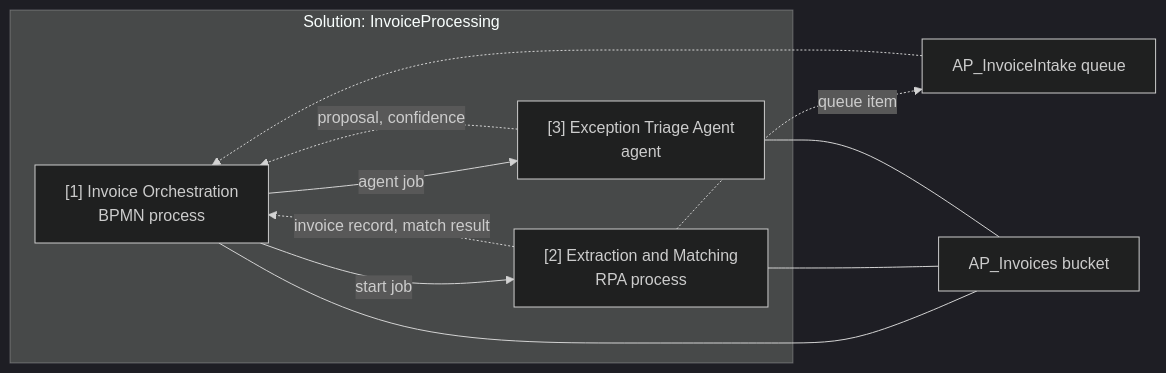
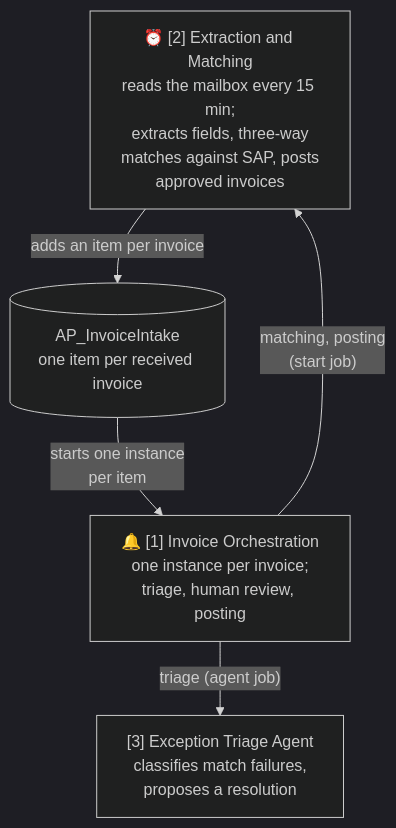
The diagram in skills/uipath-genome/assets/examples/invoice-processing-genome.md (UiPath/skills), drawn with Mermaid (dark theme) before and after one commit. The commit also changed other lines of this file and 6 other files, not shown here.

First line of the commit message:
docs(uipath-genome): one component-view diagram per process genome; library location, log target and integration review at build (#4310)

````diff
--- a/skills/uipath-genome/assets/examples/invoice-processing-genome.md
+++ b/skills/uipath-genome/assets/examples/invoice-processing-genome.md
@@ -93,17 +51,11 @@
 ```mermaid
-flowchart LR
-  subgraph SOL[Solution: InvoiceProcessing]
-    O["[1] Invoice Orchestration<br/>BPMN process"]
-    R["[2] Extraction and Matching<br/>RPA process"]
-    A["[3] Exception Triage Agent<br/>agent"]
-  end
-  O -->|start job| R
-  O -->|agent job| A
-  R -.->|invoice record, match result| O
-  A -.->|proposal, confidence| O
-  Q[AP_InvoiceIntake queue]
-  B[AP_Invoices bucket]
-  R -.->|queue item| Q
-  Q -.-> O
-  O & R & A --- B
+flowchart TB
+  R["⏰ [2] Extraction and Matching<br/>reads the mailbox every 15 min;<br/>extracts fields, three-way<br/>matches against SAP, posts<br/>approved invoices"]
+  Q[("AP_InvoiceIntake<br/>one item per received invoice")]
+  O["🔔 [1] Invoice Orchestration<br/>one instance per invoice;<br/>triage, human review, posting"]
+  A["[3] Exception Triage Agent<br/>classifies match failures,<br/>proposes a resolution"]
+  R -->|"adds an item per invoice"| Q
+  Q -->|"starts one instance<br/>per item"| O
+  O -->|"matching, posting<br/>(start job)"| R
+  O -->|"triage (agent job)"| A
 ```
````
